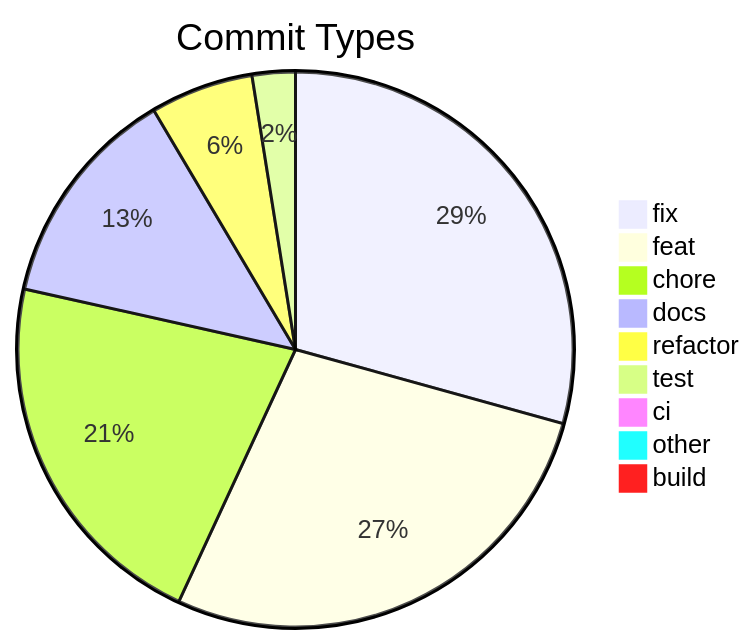
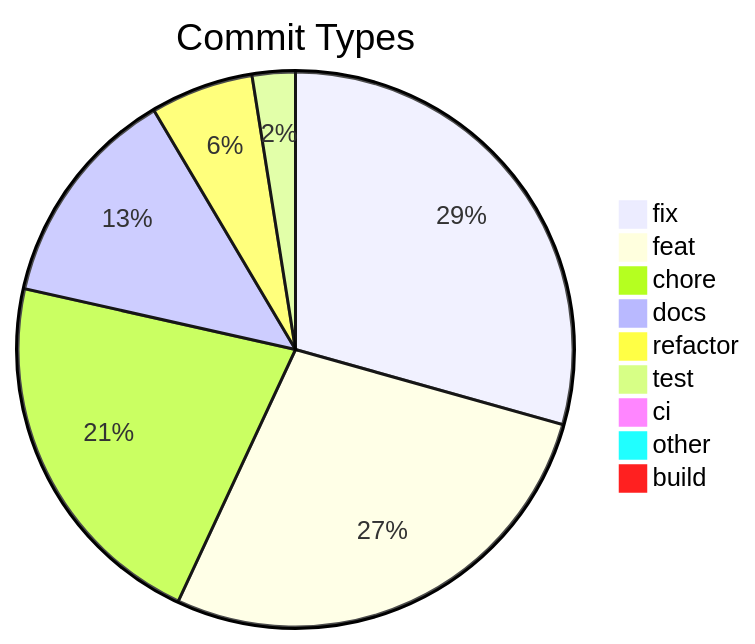
The diagram in .shipwright/compliance/change-history.md (svenroth-ai/shipwright), drawn with Mermaid before and after one commit. The commit also changed other lines of this file and 101 other files, not shown here.

````diff
--- a/.shipwright/compliance/change-history.md
+++ b/.shipwright/compliance/change-history.md
@@ -8,12 +8,12 @@
 ```mermaid
 pie title Commit Types
-    "fix" : 327
+    "fix" : 328
     "feat" : 308
     "chore" : 241
     "docs" : 145
     "refactor" : 67
     "test" : 28
     "ci" : 11
-    "other" : 7
+    "other" : 8
     "build" : 1
 ```
````
